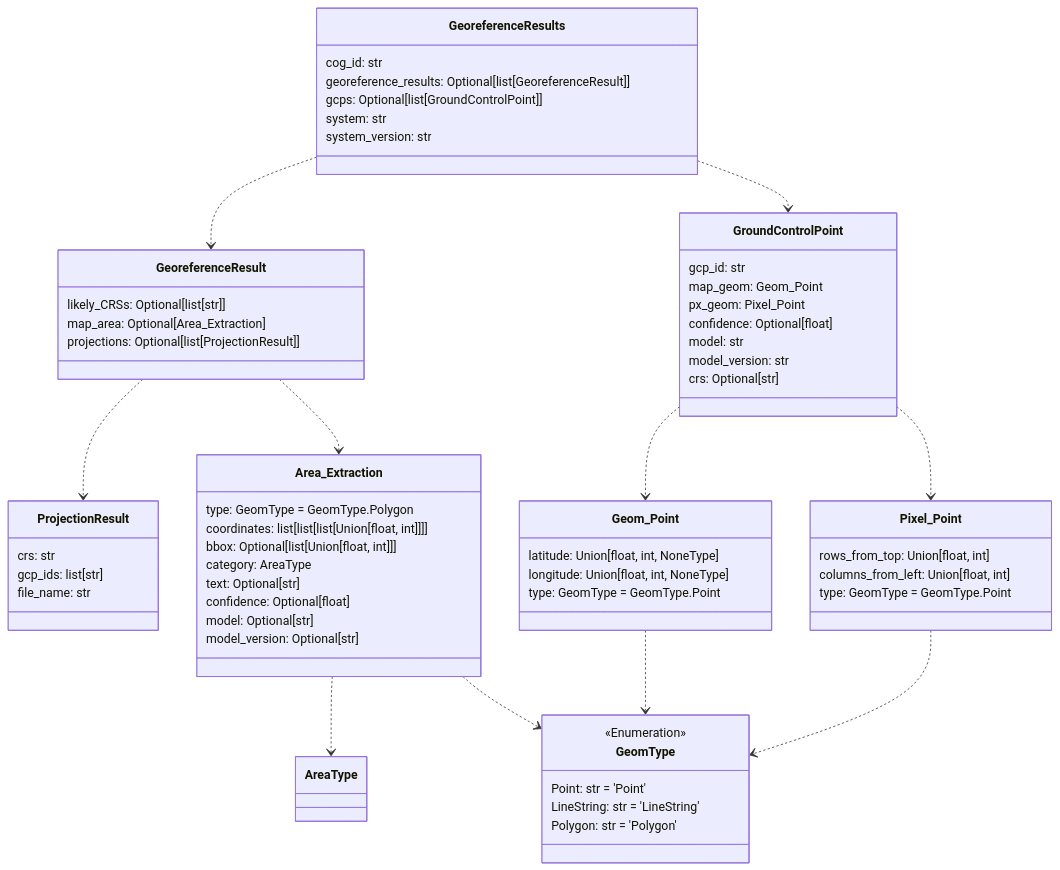
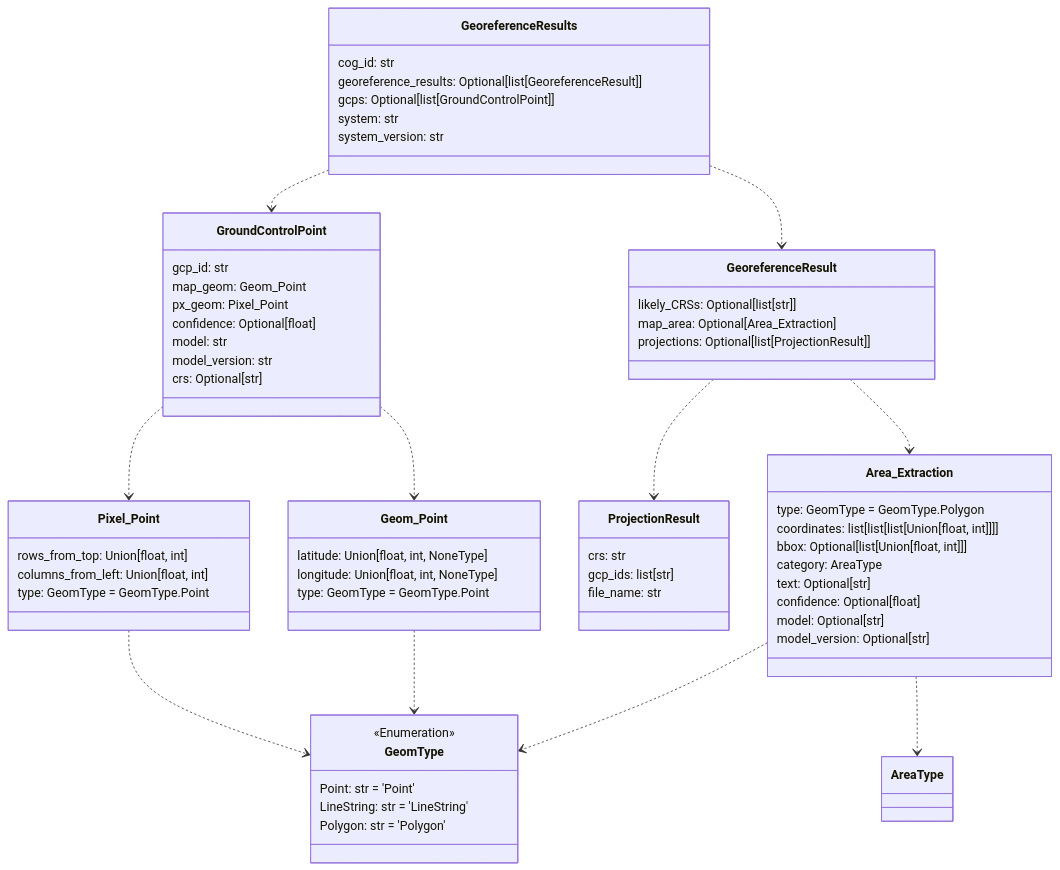
One commit to DARPA-CRITICALMAAS/cdr_schemas changed the second of 12 diagrams in README.md. Above: the diagram before and after it, drawn with Mermaid. The commit also changed other lines of this file and 1 other file, not shown here.

Commit message:
doc metadata + upload schema

````diff
--- a/README.md
+++ b/README.md
@@ -97,76 +97,76 @@
 ```mermaid
 classDiagram
+
+    class GroundControlPoint {
+        gcp_id: str
+        map_geom: Geom_Point
+        px_geom: Pixel_Point
+        confidence: Optional[float]
+        model: str
+        model_version: str
+        crs: Optional[str]
+    }
+
+    class Geom_Point {
+        latitude: Union[float, int, NoneType]
+        longitude: Union[float, int, NoneType]
+        type: GeomType = GeomType.Point
+    }
+
+    class Pixel_Point {
+        rows_from_top: Union[float, int]
+        columns_from_left: Union[float, int]
+        type: GeomType = GeomType.Point
+    }
+
+    class GeoreferenceResult {
+        likely_CRSs: Optional[list[str]]
+        map_area: Optional[Area_Extraction]
+        projections: Optional[list[ProjectionResult]]
+    }
 
     class ProjectionResult {
         crs: str
         gcp_ids: list[str]
         file_name: str
     }
 
     class GeoreferenceResults {
         cog_id: str
         georeference_results: Optional[list[GeoreferenceResult]]
         gcps: Optional[list[GroundControlPoint]]
         system: str
         system_version: str
     }
 
-    class Pixel_Point {
-        rows_from_top: Union[float, int]
-        columns_from_left: Union[float, int]
-        type: GeomType = GeomType.Point
-    }
-
-    class GeoreferenceResult {
-        likely_CRSs: Optional[list[str]]
-        map_area: Optional[Area_Extraction]
-        projections: Optional[list[ProjectionResult]]
-    }
-
-    class GroundControlPoint {
-        gcp_id: str
-        map_geom: Geom_Point
-        px_geom: Pixel_Point
-        confidence: Optional[float]
-        model: str
-        model_version: str
-        crs: Optional[str]
-    }
-
-    class GeomType {
-        <<Enumeration>>
-        Point: str = 'Point'
-        LineString: str = 'LineString'
-        Polygon: str = 'Polygon'
-    }
-
     class Area_Extraction {
         type: GeomType = GeomType.Polygon
         coordinates: list[list[list[Union[float, int]]]]
         bbox: Optional[list[Union[float, int]]]
         category: AreaType
         text: Optional[str]
         confidence: Optional[float]
         model: Optional[str]
         model_version: Optional[str]
     }
 
-    class Geom_Point {
-        latitude: Union[float, int, NoneType]
-        longitude: Union[float, int, NoneType]
-        type: GeomType = GeomType.Point
+    class GeomType {
+        <<Enumeration>>
+        Point: str = 'Point'
+        LineString: str = 'LineString'
+        Polygon: str = 'Polygon'
     }
 
+    Area_Extraction ..> GeomType
     Area_Extraction ..> AreaType
-    Area_Extraction ..> GeomType
     Geom_Point ..> GeomType
     Pixel_Point ..> GeomType
     GroundControlPoint ..> Pixel_Point
     GroundControlPoint ..> Geom_Point
     GeoreferenceResult ..> ProjectionResult
     GeoreferenceResult ..> Area_Extraction
+    GeoreferenceResults ..> GroundControlPoint
     GeoreferenceResults ..> GeoreferenceResult
-    GeoreferenceResults ..> GroundControlPoint
 
 
 ```
````
